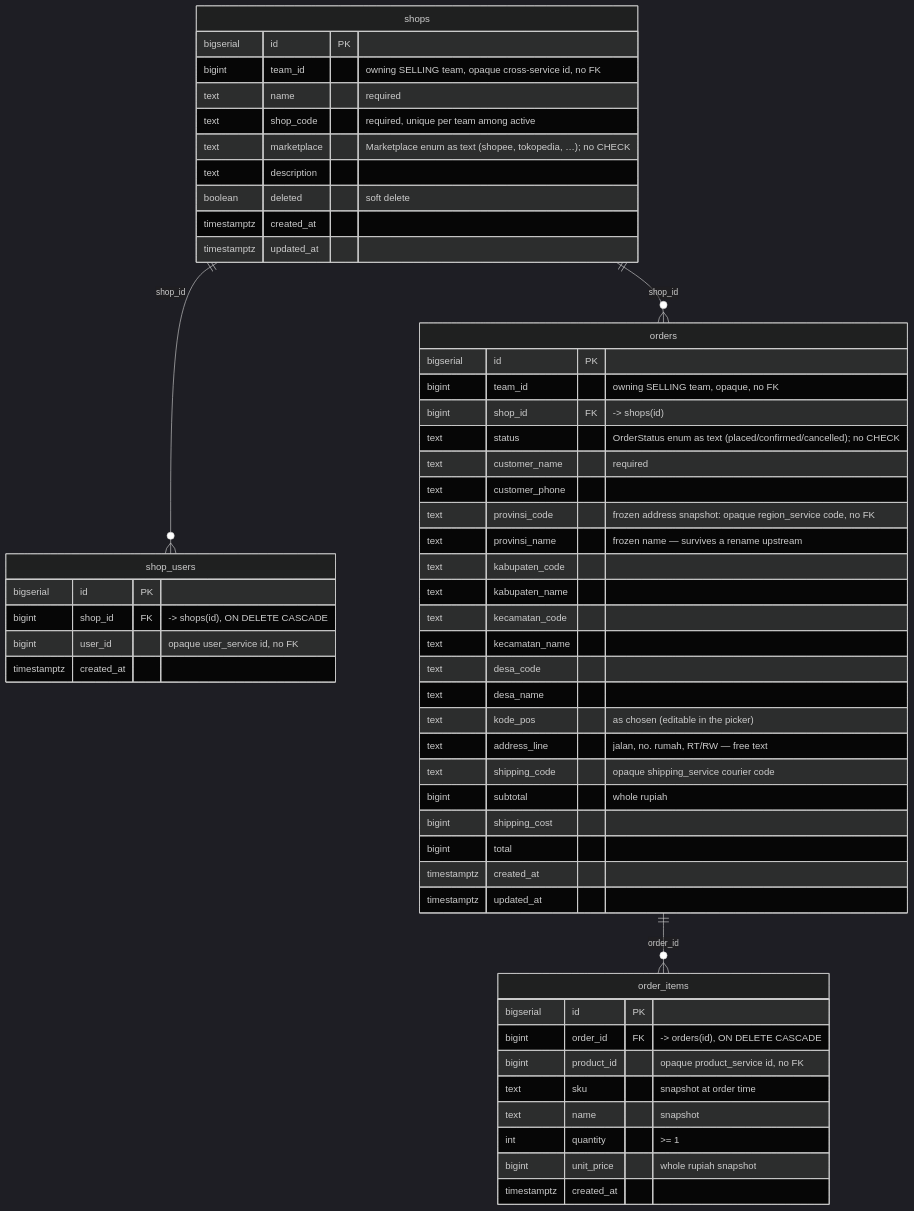
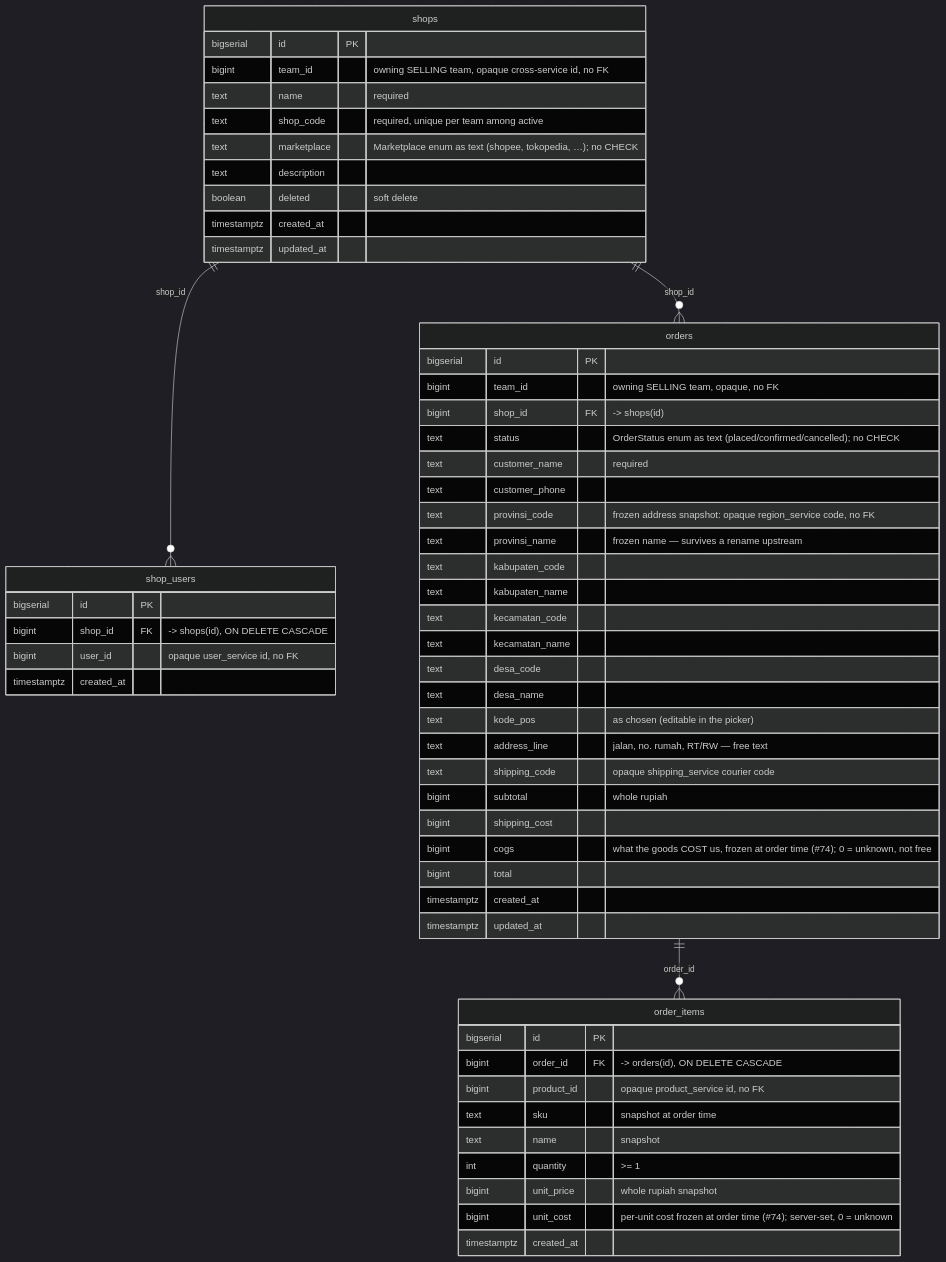
Before and after one commit to pdcgo/warehouse_revamp: the fifth of 10 diagrams in docs/database-schema.md, drawn with Mermaid (dark theme). The commit also changed other lines of this file and 26 other files, not shown here.

````diff
--- a/docs/database-schema.md
+++ b/docs/database-schema.md
@@ -193,61 +193,63 @@
 ```mermaid
 erDiagram
     shops ||--o{ shop_users : "shop_id"
     shops ||--o{ orders : "shop_id"
     orders ||--o{ order_items : "order_id"
 
     shops {
         bigserial   id          PK
         bigint      team_id     "owning SELLING team, opaque cross-service id, no FK"
         text        name        "required"
         text        shop_code   "required, unique per team among active"
         text        marketplace "Marketplace enum as text (shopee, tokopedia, …); no CHECK"
         text        description
         boolean     deleted     "soft delete"
         timestamptz created_at
         timestamptz updated_at
     }
 
     shop_users {
         bigserial   id         PK
         bigint      shop_id    FK "-> shops(id), ON DELETE CASCADE"
         bigint      user_id    "opaque user_service id, no FK"
         timestamptz created_at
     }
 
     orders {
         bigserial   id               PK
         bigint      team_id          "owning SELLING team, opaque, no FK"
         bigint      shop_id          FK "-> shops(id)"
         text        status           "OrderStatus enum as text (placed/confirmed/cancelled); no CHECK"
         text        customer_name    "required"
         text        customer_phone
         text        provinsi_code    "frozen address snapshot: opaque region_service code, no FK"
         text        provinsi_name    "frozen name — survives a rename upstream"
         text        kabupaten_code
         text        kabupaten_name
         text        kecamatan_code
         text        kecamatan_name
         text        desa_code
         text        desa_name
         text        kode_pos         "as chosen (editable in the picker)"
         text        address_line     "jalan, no. rumah, RT/RW — free text"
         text        shipping_code    "opaque shipping_service courier code"
         bigint      subtotal         "whole rupiah"
         bigint      shipping_cost
+        bigint      cogs               "what the goods COST us, frozen at order time (#74); 0 = unknown, not free"
         bigint      total
         timestamptz created_at
         timestamptz updated_at
     }
 
     order_items {
         bigserial   id         PK
         bigint      order_id   FK "-> orders(id), ON DELETE CASCADE"
         bigint      product_id "opaque product_service id, no FK"
         text        sku        "snapshot at order time"
         text        name       "snapshot"
         int         quantity   ">= 1"
         bigint      unit_price "whole rupiah snapshot"
+        bigint      unit_cost     "per-unit cost frozen at order time (#74); server-set, 0 = unknown"
         timestamptz created_at
     }
 ```
````
